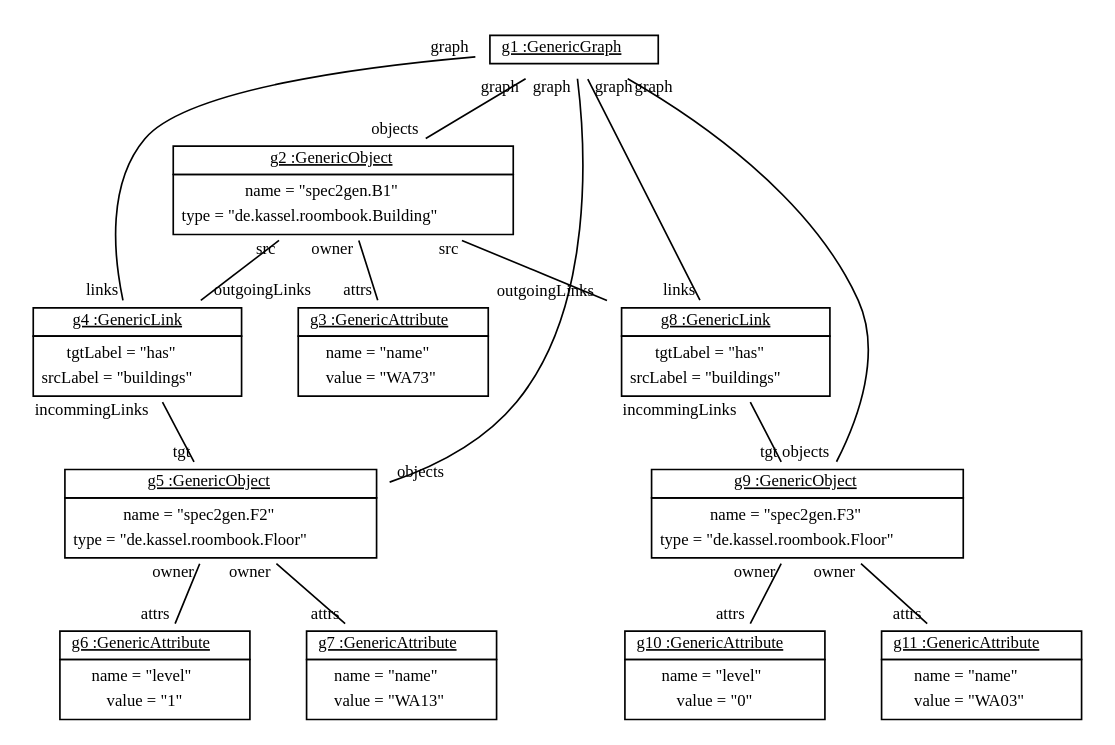
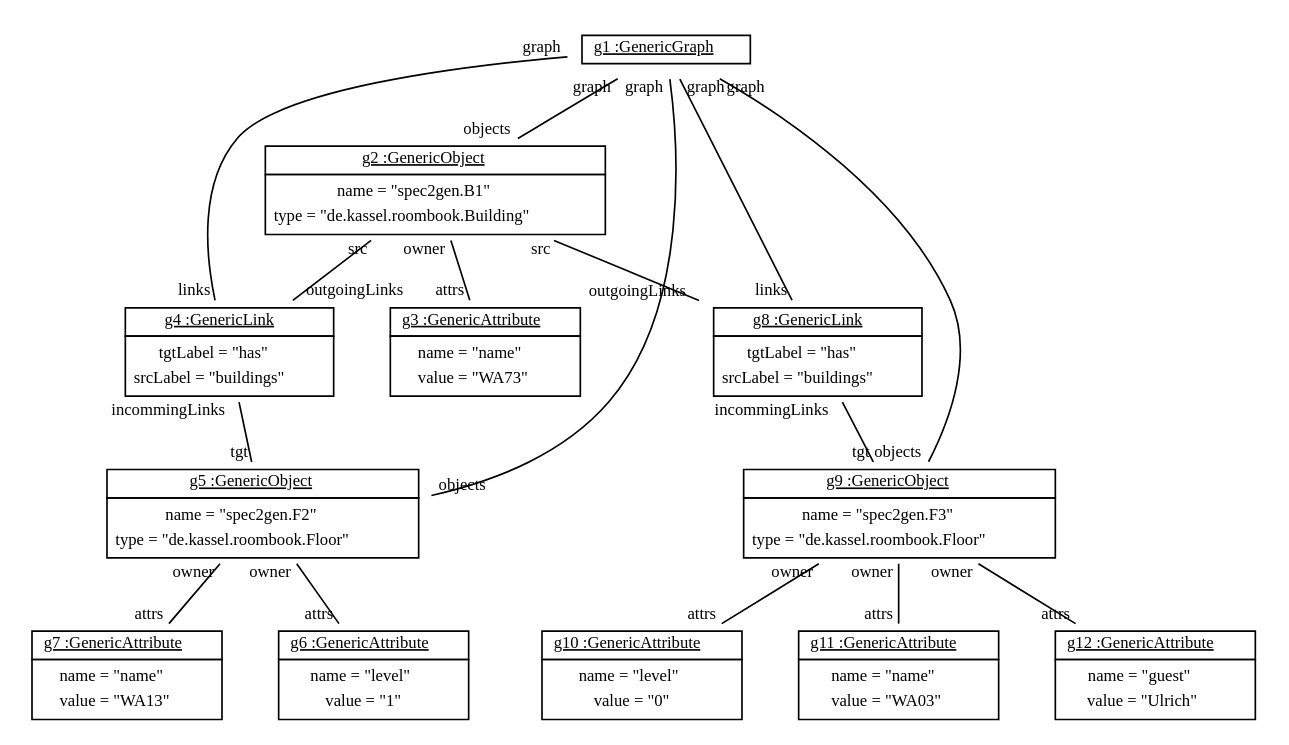
One commit to fujaba/SDMLib changed the diagram in doc/GenericObjectDiagram19.dot. Above: the diagram before and after it, drawn with Graphviz. The commit also changed 57 other files, not shown here.

Commit message:
fixed problem with external class TimerPO svg graphics are now visible in exclipse internal browser, too.

```diff
--- a/doc/GenericObjectDiagram19.dot
+++ b/doc/GenericObjectDiagram19.dot
@@ -1,31 +1,33 @@
 graph ObjectDiagram {
    node [shape = none, fontsize = 10];
    edge [fontsize = 10];
 
 g1 [label=<<table border='0' cellborder='1' cellspacing='0'> <tr> <td> <u>g1 :GenericGraph</u></td></tr></table>>];
 g2 [label=<<table border='0' cellborder='1' cellspacing='0'> <tr> <td> <u>g2 :GenericObject</u></td></tr><tr><td><table border='0' cellborder='0' cellspacing='0'><tr><td>name = "spec2gen.B1"</td></tr><tr><td>type = "de.kassel.roombook.Building"</td></tr></table></td></tr></table>>];
 g3 [label=<<table border='0' cellborder='1' cellspacing='0'> <tr> <td> <u>g3 :GenericAttribute</u></td></tr><tr><td><table border='0' cellborder='0' cellspacing='0'><tr><td>name = "name"</td></tr><tr><td>value = "WA73"</td></tr></table></td></tr></table>>];
 g4 [label=<<table border='0' cellborder='1' cellspacing='0'> <tr> <td> <u>g4 :GenericLink</u></td></tr><tr><td><table border='0' cellborder='0' cellspacing='0'><tr><td>tgtLabel = "has"</td></tr><tr><td>srcLabel = "buildings"</td></tr></table></td></tr></table>>];
 g5 [label=<<table border='0' cellborder='1' cellspacing='0'> <tr> <td> <u>g5 :GenericObject</u></td></tr><tr><td><table border='0' cellborder='0' cellspacing='0'><tr><td>name = "spec2gen.F2"</td></tr><tr><td>type = "de.kassel.roombook.Floor"</td></tr></table></td></tr></table>>];
 g6 [label=<<table border='0' cellborder='1' cellspacing='0'> <tr> <td> <u>g6 :GenericAttribute</u></td></tr><tr><td><table border='0' cellborder='0' cellspacing='0'><tr><td>name = "level"</td></tr><tr><td>value = "1"</td></tr></table></td></tr></table>>];
 g7 [label=<<table border='0' cellborder='1' cellspacing='0'> <tr> <td> <u>g7 :GenericAttribute</u></td></tr><tr><td><table border='0' cellborder='0' cellspacing='0'><tr><td>name = "name"</td></tr><tr><td>value = "WA13"</td></tr></table></td></tr></table>>];
 g8 [label=<<table border='0' cellborder='1' cellspacing='0'> <tr> <td> <u>g8 :GenericLink</u></td></tr><tr><td><table border='0' cellborder='0' cellspacing='0'><tr><td>tgtLabel = "has"</td></tr><tr><td>srcLabel = "buildings"</td></tr></table></td></tr></table>>];
 g9 [label=<<table border='0' cellborder='1' cellspacing='0'> <tr> <td> <u>g9 :GenericObject</u></td></tr><tr><td><table border='0' cellborder='0' cellspacing='0'><tr><td>name = "spec2gen.F3"</td></tr><tr><td>type = "de.kassel.roombook.Floor"</td></tr></table></td></tr></table>>];
 g10 [label=<<table border='0' cellborder='1' cellspacing='0'> <tr> <td> <u>g10 :GenericAttribute</u></td></tr><tr><td><table border='0' cellborder='0' cellspacing='0'><tr><td>name = "level"</td></tr><tr><td>value = "0"</td></tr></table></td></tr></table>>];
 g11 [label=<<table border='0' cellborder='1' cellspacing='0'> <tr> <td> <u>g11 :GenericAttribute</u></td></tr><tr><td><table border='0' cellborder='0' cellspacing='0'><tr><td>name = "name"</td></tr><tr><td>value = "WA03"</td></tr></table></td></tr></table>>];
+g12 [label=<<table border='0' cellborder='1' cellspacing='0'> <tr> <td> <u>g12 :GenericAttribute</u></td></tr><tr><td><table border='0' cellborder='0' cellspacing='0'><tr><td>name = "guest"</td></tr><tr><td>value = "Ulrich"</td></tr></table></td></tr></table>>];
 
 g1 -- g2 [headlabel = "objects" taillabel = "graph"];
 g1 -- g4 [headlabel = "links" taillabel = "graph"];
 g1 -- g5 [headlabel = "objects" taillabel = "graph"];
 g1 -- g8 [headlabel = "links" taillabel = "graph"];
 g1 -- g9 [headlabel = "objects" taillabel = "graph"];
 g2 -- g3 [headlabel = "attrs" taillabel = "owner"];
 g2 -- g4 [headlabel = "outgoingLinks" taillabel = "src"];
 g2 -- g8 [headlabel = "outgoingLinks" taillabel = "src"];
 g4 -- g5 [headlabel = "tgt" taillabel = "incommingLinks"];
 g5 -- g6 [headlabel = "attrs" taillabel = "owner"];
 g5 -- g7 [headlabel = "attrs" taillabel = "owner"];
 g8 -- g9 [headlabel = "tgt" taillabel = "incommingLinks"];
 g9 -- g10 [headlabel = "attrs" taillabel = "owner"];
 g9 -- g11 [headlabel = "attrs" taillabel = "owner"];
+g9 -- g12 [headlabel = "attrs" taillabel = "owner"];
 }
```
